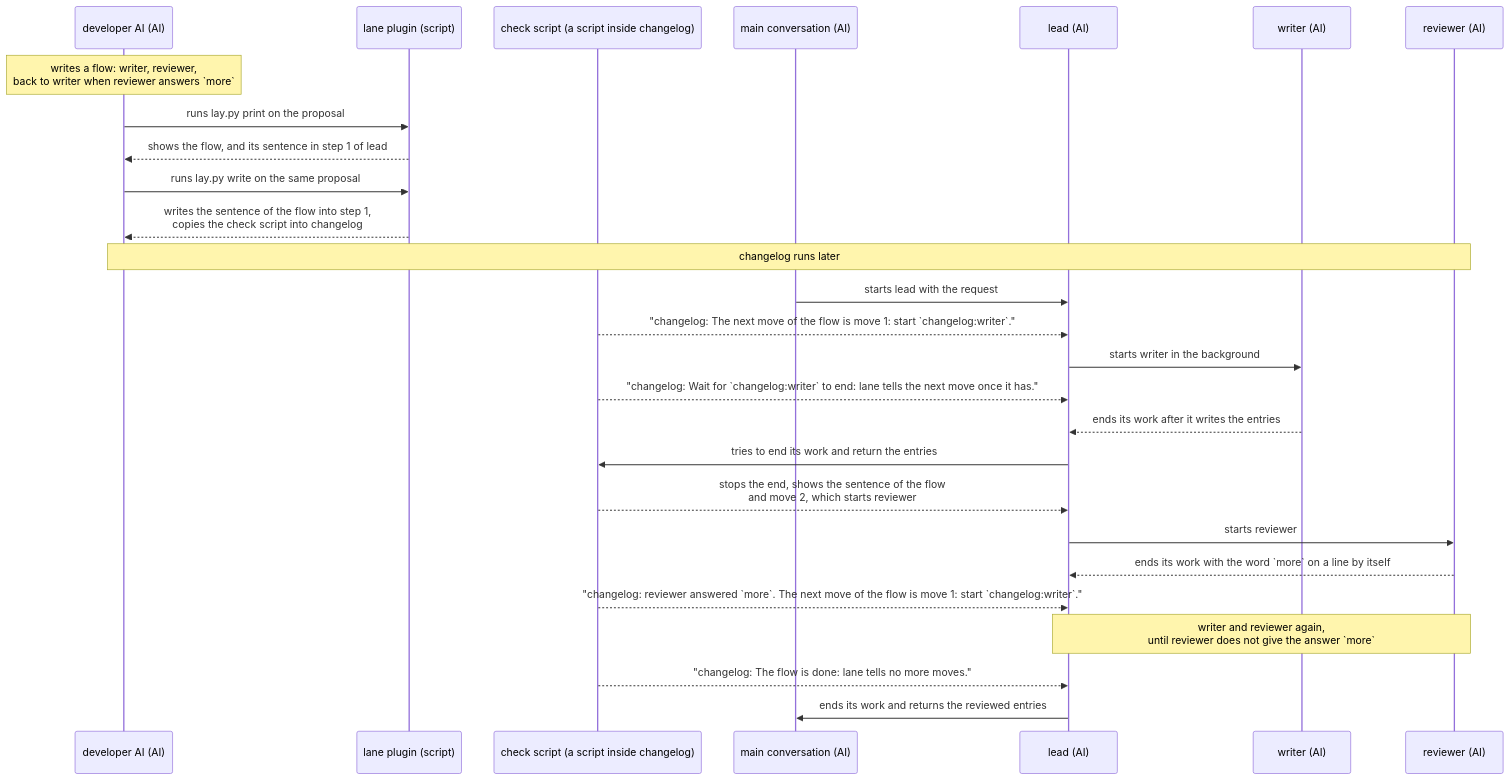
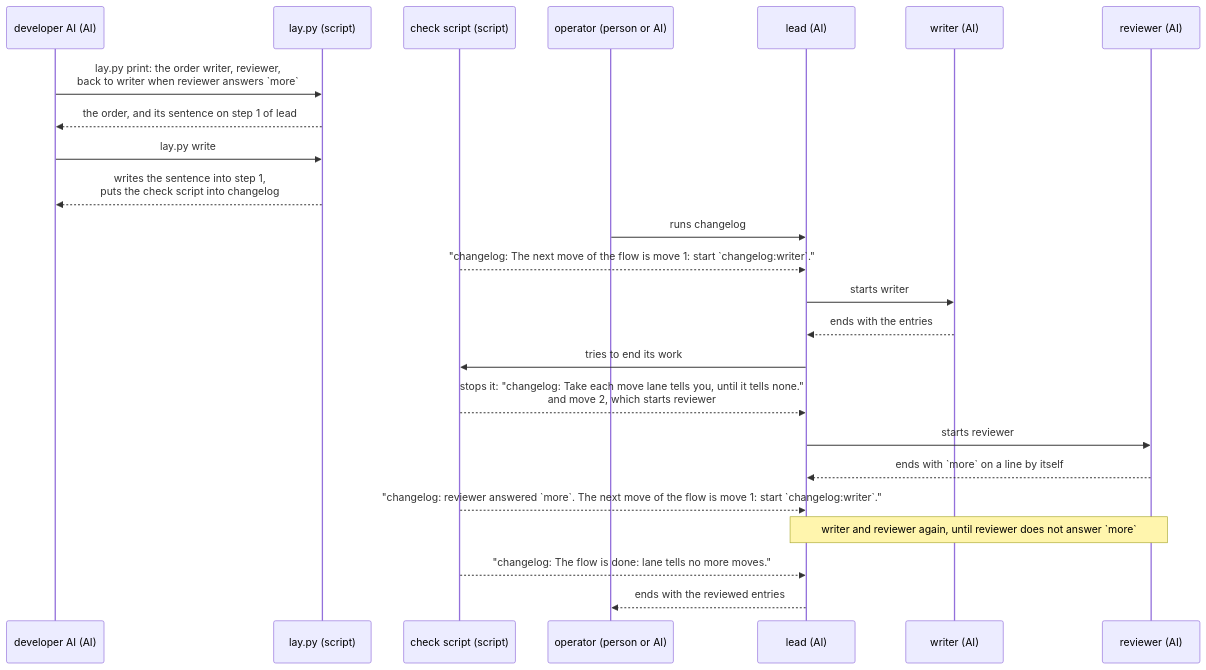
The second of 2 diagrams in dev/lane/ux.md (lovaizu/ccpm), drawn with Mermaid before and after one commit. The commit also changed other lines of this file and 1 other file, not shown here.

First line of the commit message:
lane's UX rewritten from its design tree on the UX template alone

````diff
--- a/dev/lane/ux.md
+++ b/dev/lane/ux.md
@@ -168,29 +63,26 @@
 ```mermaid
 sequenceDiagram
   participant A as developer AI (AI)
-  participant L as lane plugin (script)
-  participant K as check script (a script inside changelog)
-  participant M as main conversation (AI)
+  participant L as lay.py (script)
+  participant K as check script (script)
+  participant U as operator (person or AI)
   participant O as lead (AI)
   participant W as writer (AI)
   participant R as reviewer (AI)
-  Note over A: writes a flow: writer, reviewer,<br>back to writer when reviewer answers `more`
-  A->>L: runs lay.py print on the proposal
-  L-->>A: shows the flow, and its sentence in step 1 of lead
-  A->>L: runs lay.py write on the same proposal
-  L-->>A: writes the sentence of the flow into step 1,<br>copies the check script into changelog
-  Note over A,R: changelog runs later
-  M->>O: starts lead with the request
+  A->>L: lay.py print: the order writer, reviewer,<br>back to writer when reviewer answers `more`
+  L-->>A: the order, and its sentence on step 1 of lead
+  A->>L: lay.py write
+  L-->>A: writes the sentence into step 1,<br>puts the check script into changelog
+  U->>O: runs changelog
   K-->>O: "changelog: The next move of the flow is move 1: start `changelog:writer`."
-  O->>W: starts writer in the background
-  K-->>O: "changelog: Wait for `changelog:writer` to end: lane tells the next move once it has."
-  W-->>O: ends its work after it writes the entries
-  O->>K: tries to end its work and return the entries
-  K-->>O: stops the end, shows the sentence of the flow<br>and move 2, which starts reviewer
+  O->>W: starts writer
+  W-->>O: ends with the entries
+  O->>K: tries to end its work
+  K-->>O: stops it: "changelog: Take each move lane tells you, until it tells none."<br>and move 2, which starts reviewer
   O->>R: starts reviewer
-  R-->>O: ends its work with the word `more` on a line by itself
+  R-->>O: ends with `more` on a line by itself
   K-->>O: "changelog: reviewer answered `more`. The next move of the flow is move 1: start `changelog:writer`."
-  Note over O,R: writer and reviewer again,<br>until reviewer does not give the answer `more`
+  Note over O,R: writer and reviewer again, until reviewer does not answer `more`
   K-->>O: "changelog: The flow is done: lane tells no more moves."
-  O->>M: ends its work and returns the reviewed entries
+  O-->>U: ends with the reviewed entries
 ```
````
